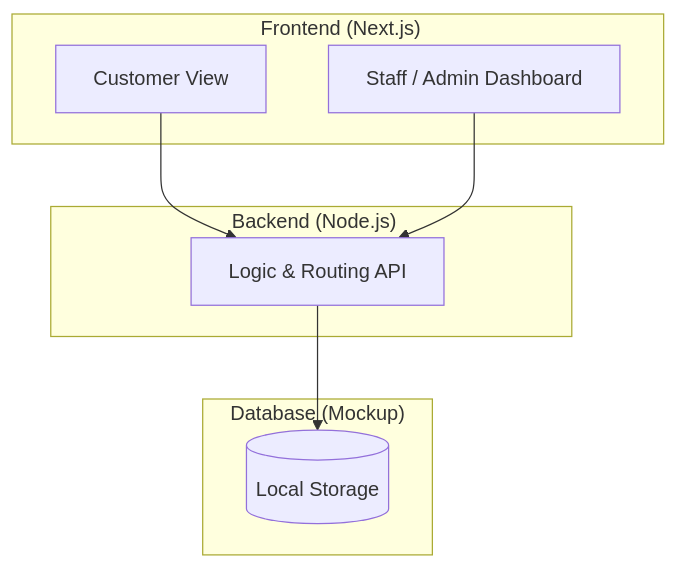
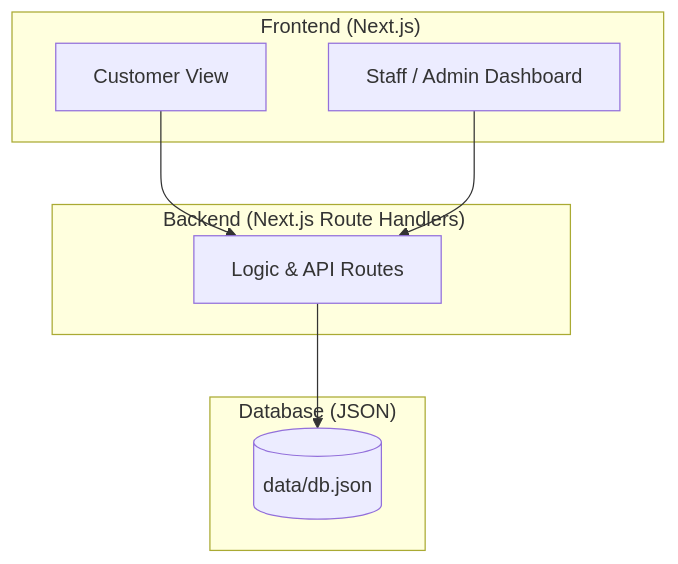
One commit to waranon-sop/csi204-project changed the first of 2 diagrams in docs/analysis-design.md. Above: the diagram before and after it, drawn with Mermaid. The commit also changed other lines of this file and 23 other files, not shown here.

Commit message:
backend เชื่อม เก็บ ไว้ในdb json

````diff
--- a/docs/analysis-design.md
+++ b/docs/analysis-design.md
@@ -87,19 +87,19 @@
 ```mermaid
 graph TD
  subgraph Client["️ Frontend (Next.js)"]
  A[Customer View]
  B[Staff / Admin Dashboard]
  end
 
- subgraph Backend["️ Backend (Node.js)"]
- C[Logic & Routing API]
+ subgraph Backend["️ Backend (Next.js Route Handlers)"]
+ C[Logic & API Routes]
  end
 
- subgraph Data[" Database (Mockup)"]
- D[(Local Storage)]
+ subgraph Data[" Database (JSON)"]
+ D[(data/db.json)]
  end
 
  A --> C
  B --> C
  C --> D
 ```
````
